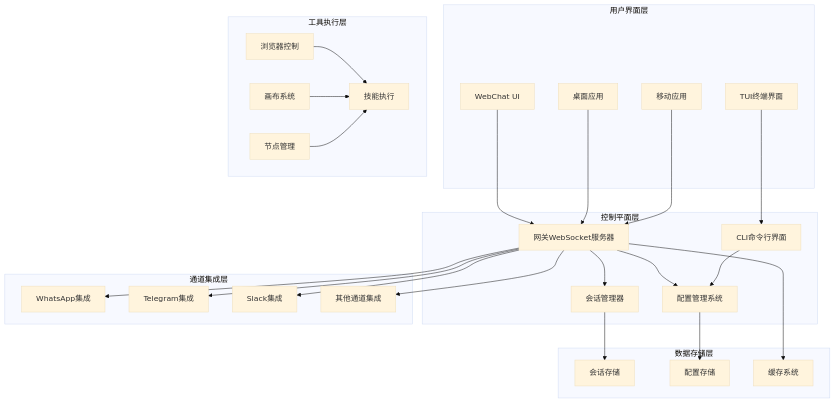
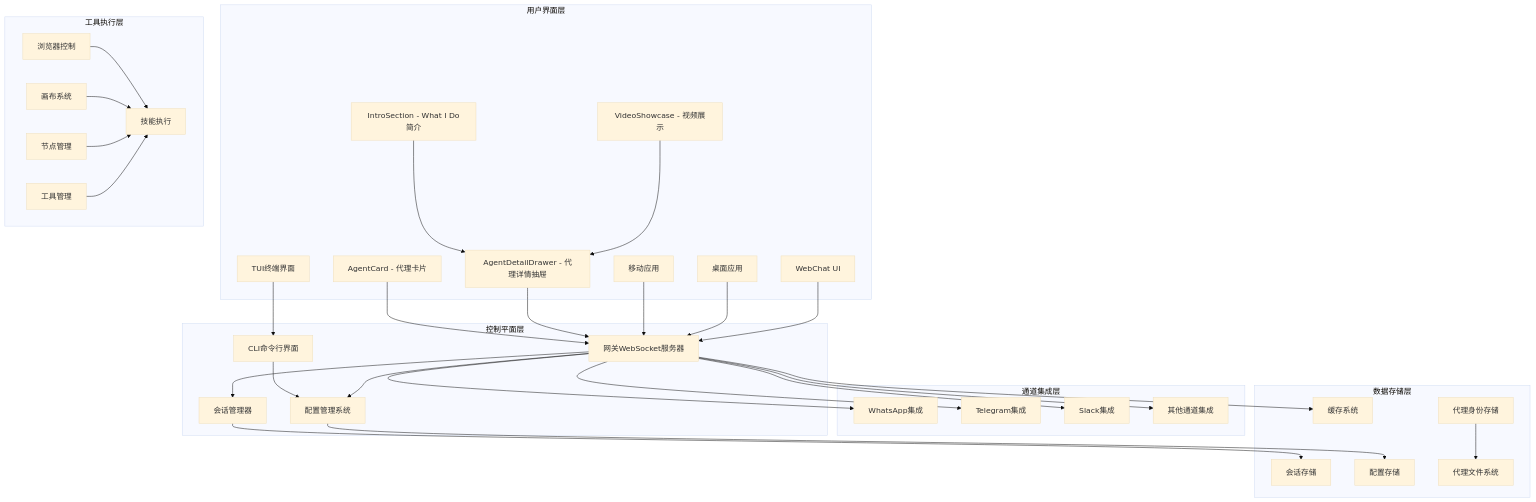
The second of 25 diagrams in .qoder/repowiki/zh/content/代理管理系统/代理管理系统.md (verse-ai-org/openclaw), drawn with Mermaid (base theme) before and after one commit. The commit also changed other lines of this file and 55 other files, not shown here.

````diff
--- a/.qoder/repowiki/zh/content/代理管理系统/代理管理系统.md
+++ b/.qoder/repowiki/zh/content/代理管理系统/代理管理系统.md
@@ -115,49 +147,62 @@
 ```mermaid
 graph TB
 subgraph "用户界面层"
 A[WebChat UI]
 B[桌面应用]
 C[移动应用]
 D[TUI终端界面]
+E[AgentDetailDrawer - 代理详情抽屉]
+F[AgentCard - 代理卡片]
+G[VideoShowcase - 视频展示]
+H[IntroSection - What I Do简介]
 end
 subgraph "控制平面层"
-E[网关WebSocket服务器]
-F[CLI命令行界面]
-G[配置管理系统]
-H[会话管理器]
+I[网关WebSocket服务器]
+J[CLI命令行界面]
+K[配置管理系统]
+L[会话管理器]
 end
 subgraph "通道集成层"
-I[WhatsApp集成]
-J[Telegram集成]
-K[Slack集成]
-L[其他通道集成]
+M[WhatsApp集成]
+N[Telegram集成]
+O[Slack集成]
+P[其他通道集成]
 end
 subgraph "工具执行层"
-M[浏览器控制]
-N[画布系统]
-O[节点管理]
-P[技能执行]
+Q[浏览器控制]
+R[画布系统]
+S[节点管理]
+T[技能执行]
+U[工具管理]
 end
 subgraph "数据存储层"
-Q[会话存储]
-R[配置存储]
-S[缓存系统]
+V[会话存储]
+W[配置存储]
+X[缓存系统]
+Y[代理身份存储]
+Z[代理文件系统]
 end
-A --> E
-B --> E
-C --> E
-D --> F
-E --> H
-E --> G
+A --> I
+B --> I
+C --> I
+D --> J
 E --> I
-E --> J
-E --> K
-E --> L
-F --> G
-H --> Q
-G --> R
-E --> S
-M --> P
-N --> P
-O --> P
+F --> I
+G --> E
+H --> E
+I --> L
+I --> K
+I --> M
+I --> N
+I --> O
+I --> P
+J --> K
+L --> V
+K --> W
+I --> X
+Q --> T
+R --> T
+S --> T
+U --> T
+Y --> Z
 ```
````
